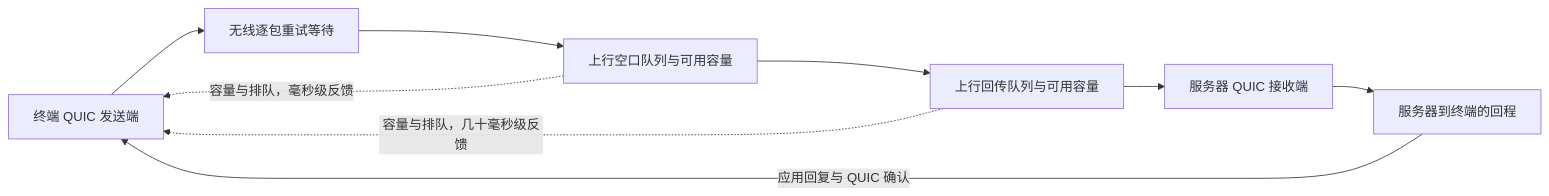
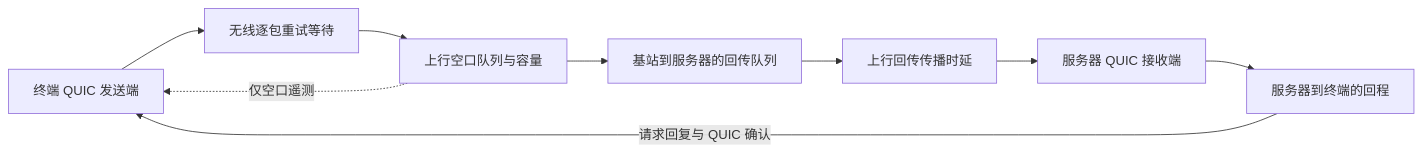
The diagram in REPORT.cross-layer-loops.zh-CN.md (qinyishcn/quic-testbed-lab), drawn with Mermaid before and after one commit. The commit also changed other lines of this file and 35 other files, not shown here.

````diff
--- a/REPORT.cross-layer-loops.zh-CN.md
+++ b/REPORT.cross-layer-loops.zh-CN.md
@@ -11,11 +23,11 @@
 ```mermaid
 flowchart LR
     A["终端 QUIC 发送端"] --> G["无线逐包重试等待"]
-    G --> R["上行空口队列与可用容量"]
-    R --> H["上行回传队列与可用容量"]
-    H --> S["服务器 QUIC 接收端"]
+    G --> R["上行空口队列与容量"]
+    R --> H["基站到服务器的回传队列"]
+    H --> P["上行回传传播时延"]
+    P --> S["服务器 QUIC 接收端"]
     S --> B["服务器到终端的回程"]
-    B -->|"应用回复与 QUIC 确认"| A
-    R -. "容量与排队，毫秒级反馈" .-> A
-    H -. "容量与排队，几十毫秒级反馈" .-> A
+    B -->|"请求回复与 QUIC 确认"| A
+    R -. "仅空口遥测" .-> A
 ```
````
